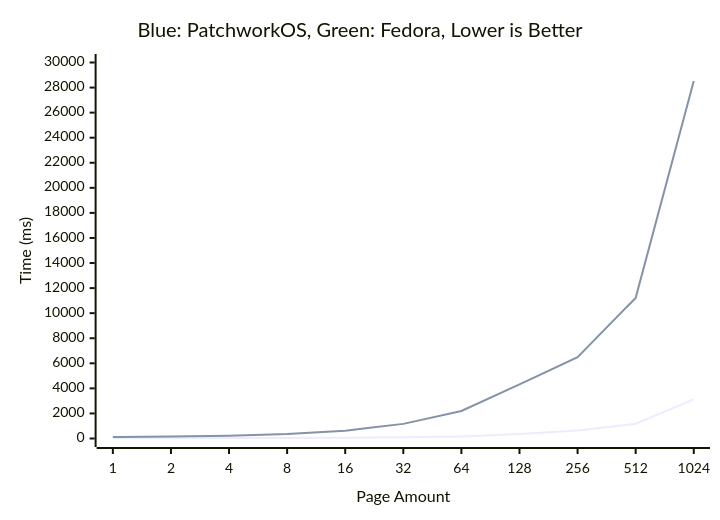
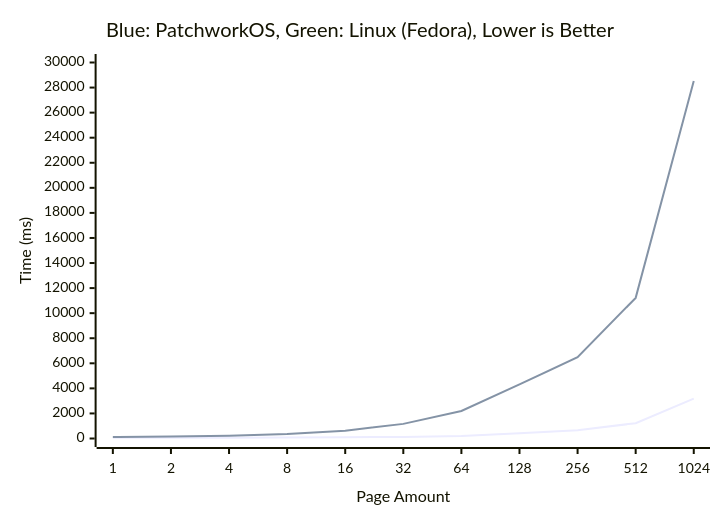
The diagram in README.md (KaiNorberg/PatchworkOS), drawn with Mermaid before and after one commit. The commit also changed other lines of this file and 54 other files, not shown here.

````diff
--- a/README.md
+++ b/README.md
@@ -92,8 +101,8 @@
 ```mermaid
 xychart-beta
-title "Blue: PatchworkOS, Green: Fedora, Lower is Better"
+title "Blue: PatchworkOS, Green: Linux (Fedora), Lower is Better"
 x-axis "Page Amount" [1, 2, 4, 8, 16, 32, 64, 128, 256, 512, 1024]
 y-axis "Time (ms)" 0 --> 30000
-line [48, 48, 48, 48, 68, 97, 164, 365, 632, 1176, 3125]
+line [69, 69, 69, 75, 108, 127, 205, 413, 667, 1220, 3187]
 line [118, 150, 216, 358, 627, 1167, 2193, 4313, 6487, 11221, 28519]
 ```
````
